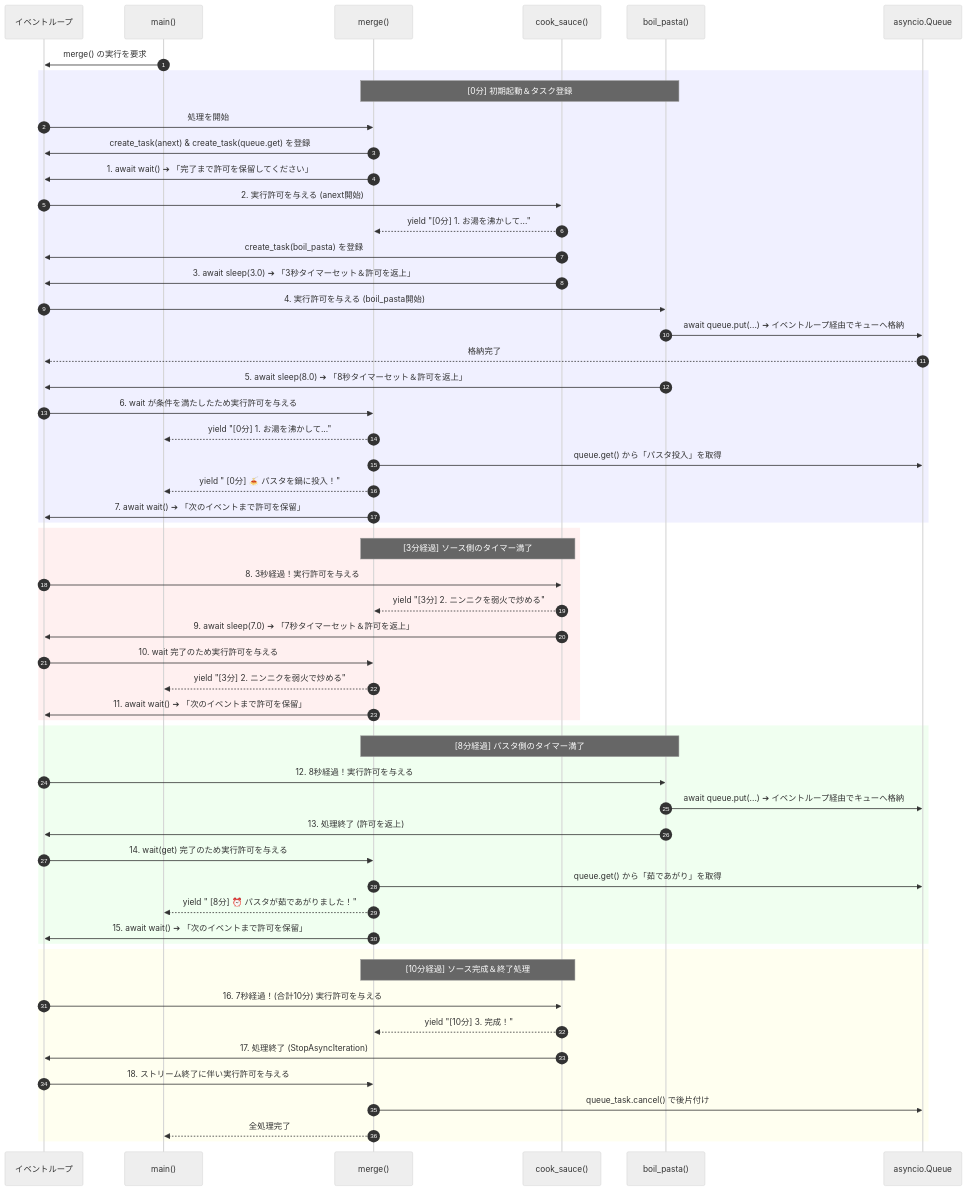
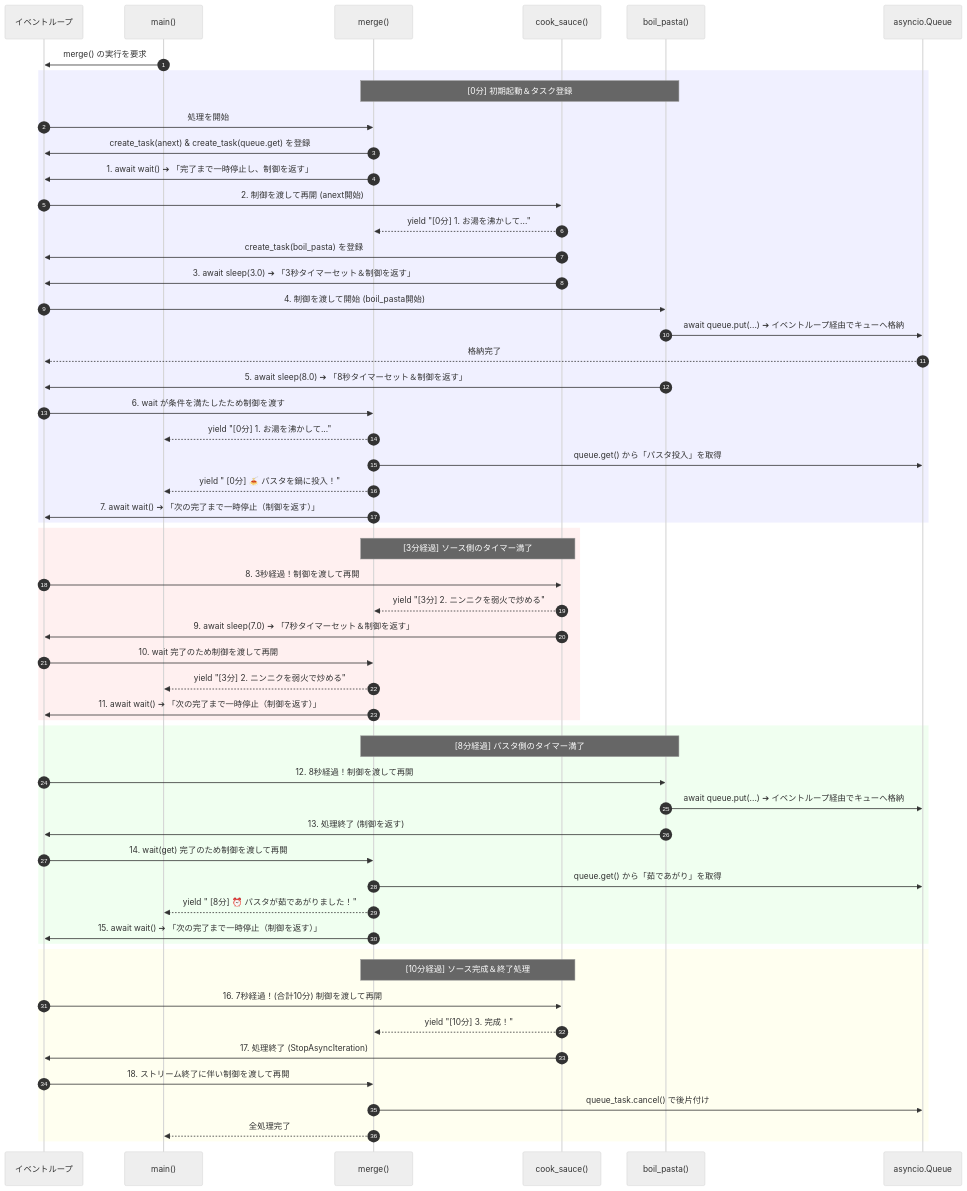
One commit to developer-onizuka/asyncio changed the diagram in README.md. Above: the diagram before and after it, drawn with Mermaid (neutral theme).

Commit message:
Update Japanese text for clarity in README.md

````diff
--- a/README.md
+++ b/README.md
@@ -1,69 +1,69 @@
 ```mermaid
 sequenceDiagram
     autonumber
     participant EvLoop as イベントループ
     participant Main as main()
     participant Merge as merge()
     participant Sauce as cook_sauce()
     participant Pasta as boil_pasta()
     participant Queue as asyncio.Queue
 
     Main->>EvLoop: merge() の実行を要求
     
     rect rgb(240, 240, 255)
     note over Merge, Pasta: [0分] 初期起動＆タスク登録
     EvLoop->>Merge: 処理を開始
     Merge->>EvLoop: create_task(anext) & create_task(queue.get) を登録
-    Merge->>EvLoop: 1. await wait() ➔ 「完了まで許可を保留してください」
+    Merge->>EvLoop: 1. await wait() ➔ 「完了まで一時停止し、制御を返す」
     
-    EvLoop->>Sauce: 2. 実行許可を与える (anext開始)
+    EvLoop->>Sauce: 2. 制御を渡して再開 (anext開始)
     Sauce-->>Merge: yield "[0分] 1. お湯を沸かして..."
     Sauce->>EvLoop: create_task(boil_pasta) を登録
-    Sauce->>EvLoop: 3. await sleep(3.0) ➔ 「3秒タイマーセット＆許可を返上」
+    Sauce->>EvLoop: 3. await sleep(3.0) ➔ 「3秒タイマーセット＆制御を返す」
     
-    EvLoop->>Pasta: 4. 実行許可を与える (boil_pasta開始)
+    EvLoop->>Pasta: 4. 制御を渡して開始 (boil_pasta開始)
     Pasta->>Queue: await queue.put(...) ➔ イベントループ経由でキューへ格納
     Queue-->>EvLoop: 格納完了
-    Pasta->>EvLoop: 5. await sleep(8.0) ➔ 「8秒タイマーセット＆許可を返上」
+    Pasta->>EvLoop: 5. await sleep(8.0) ➔ 「8秒タイマーセット＆制御を返す」
     
-    EvLoop->>Merge: 6. wait が条件を満たしたため実行許可を与える
+    EvLoop->>Merge: 6. wait が条件を満たしたため制御を渡す
     Merge-->>Main: yield "[0分] 1. お湯を沸かして..."
     Merge->>Queue: queue.get() から「パスタ投入」を取得
     Merge-->>Main: yield "  [0分] 🍝 パスタを鍋に投入！"
-    Merge->>EvLoop: 7. await wait() ➔ 「次のイベントまで許可を保留」
+    Merge->>EvLoop: 7. await wait() ➔ 「次の完了まで一時停止（制御を返す）」
     end
 
     rect rgb(255, 240, 240)
     note over Sauce, Merge: [3分経過] ソース側のタイマー満了
-    EvLoop->>Sauce: 8. 3秒経過！実行許可を与える
+    EvLoop->>Sauce: 8. 3秒経過！制御を渡して再開
     Sauce-->>Merge: yield "[3分] 2. ニンニクを弱火で炒める"
-    Sauce->>EvLoop: 9. await sleep(7.0) ➔ 「7秒タイマーセット＆許可を返上」
+    Sauce->>EvLoop: 9. await sleep(7.0) ➔ 「7秒タイマーセット＆制御を返す」
     
-    EvLoop->>Merge: 10. wait 完了のため実行許可を与える
+    EvLoop->>Merge: 10. wait 完了のため制御を渡して再開
     Merge-->>Main: yield "[3分] 2. ニンニクを弱火で炒める"
-    Merge->>EvLoop: 11. await wait() ➔ 「次のイベントまで許可を保留」
+    Merge->>EvLoop: 11. await wait() ➔ 「次の完了まで一時停止（制御を返す）」
     end
 
     rect rgb(240, 255, 240)
     note over Pasta, Merge: [8分経過] パスタ側のタイマー満了
-    EvLoop->>Pasta: 12. 8秒経過！実行許可を与える
+    EvLoop->>Pasta: 12. 8秒経過！制御を渡して再開
     Pasta->>Queue: await queue.put(...) ➔ イベントループ経由でキューへ格納
-    Pasta->>EvLoop: 13. 処理終了 (許可を返上)
+    Pasta->>EvLoop: 13. 処理終了 (制御を返す)
     
-    EvLoop->>Merge: 14. wait(get) 完了のため実行許可を与える
+    EvLoop->>Merge: 14. wait(get) 完了のため制御を渡して再開
     Merge->>Queue: queue.get() から「茹であがり」を取得
     Merge-->>Main: yield "  [8分] ⏰ パスタが茹であがりました！"
-    Merge->>EvLoop: 15. await wait() ➔ 「次のイベントまで許可を保留」
+    Merge->>EvLoop: 15. await wait() ➔ 「次の完了まで一時停止（制御を返す）」
     end
 
     rect rgb(255, 255, 240)
     note over Sauce, Merge: [10分経過] ソース完成＆終了処理
-    EvLoop->>Sauce: 16. 7秒経過！(合計10分) 実行許可を与える
+    EvLoop->>Sauce: 16. 7秒経過！(合計10分) 制御を渡して再開
     Sauce-->>Merge: yield "[10分] 3. 完成！"
     Sauce->>EvLoop: 17. 処理終了 (StopAsyncIteration)
     
-    EvLoop->>Merge: 18. ストリーム終了に伴い実行許可を与える
+    EvLoop->>Merge: 18. ストリーム終了に伴い制御を渡して再開
     Merge->>Queue: queue_task.cancel() で後片付け
     Merge-->>Main: 全処理完了
     end
 ```
````
